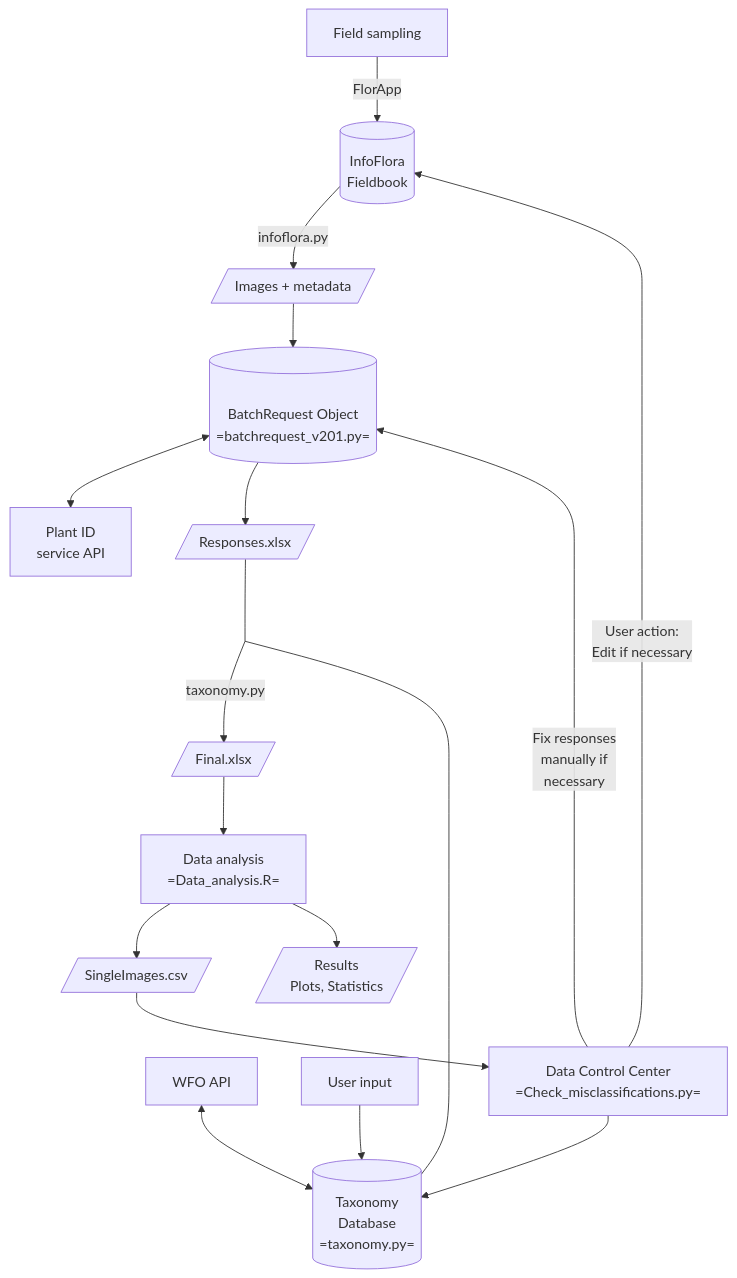
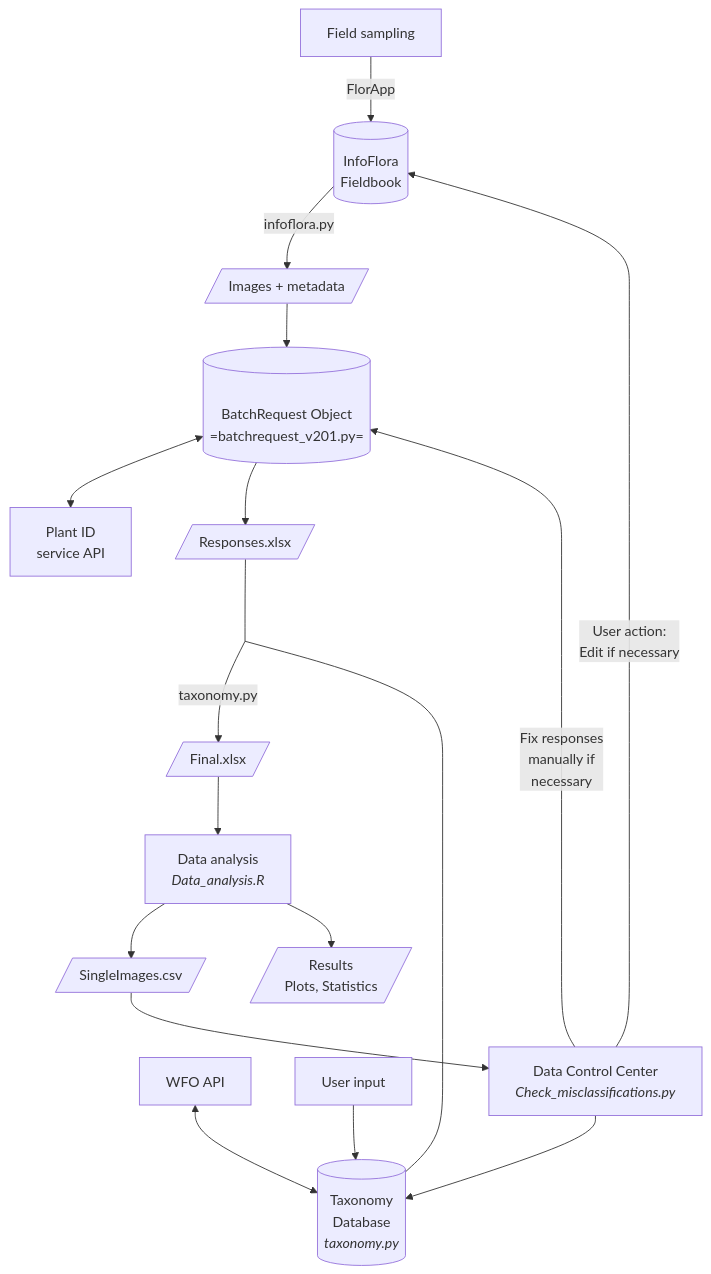
Before and after one commit to ManuelPopp/SwissPlantCV: the diagram in README.md, drawn with Mermaid.

````diff
--- a/README.md
+++ b/README.md
@@ -5,21 +5,21 @@
 ```mermaid
 graph TD
     A[Field sampling] --> |FlorApp| B[(InfoFlora<br>Fieldbook)]
     B --> |infoflora.py| C[/Images + metadata/]
     D[(<br>BatchRequest Object<br>=batchrequest_v201.py=)] <--> E[Plant ID<br>service API]
     C --> D
     D --> F[/Responses.xlsx/]
     F --- G[ ]:::empty
     G --> |"taxonomy.py"| H[/Final.xlsx/]
-    I[WFO API] <--> J[(Taxonomy<br>Database<br>=taxonomy.py=)]
+    I[WFO API] <--> J[(Taxonomy<br>Database<br><i>taxonomy.py</i>)]
     K[User input] --> J
     J --- G
-    H --> X[Data analysis<br>=Data_analysis.R=]
+    H --> X[Data analysis<br><i>Data_analysis.R</i>]
     X --> L[/SingleImages.csv/]
-    L --> M[Data Control Center<br>=Check_misclassifications.py=]
+    L --> M[Data Control Center<br><i>Check_misclassifications.py</i>]
     M --> J
     M --> |Fix responses<br>manually if<br>necessary| D
     M --> |User action:<br>Edit if necessary| B
     X --> Z[/Results<br>Plots, Statistics/]
 classDef empty width:0px,height:0px;
 ```
````
